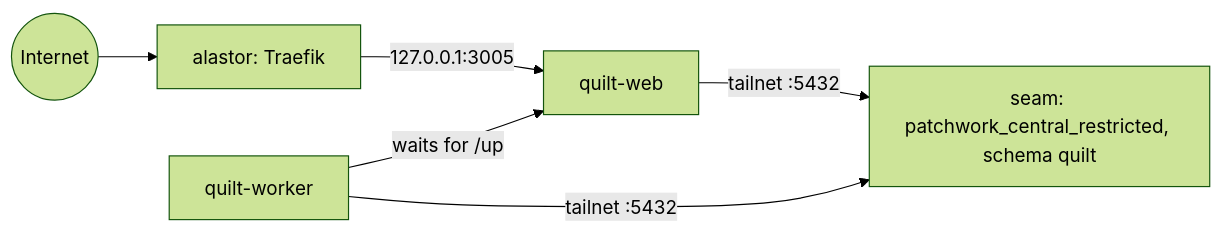
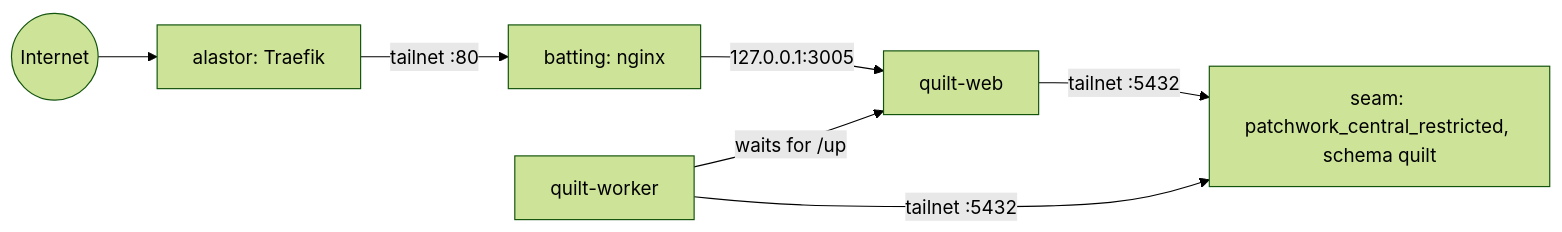
One commit to patchworklabsorg/infra changed the third of 4 diagrams in README.md. Above: the diagram before and after it, drawn with Mermaid (forest theme). The commit also changed other lines of this file and 23 other files, not shown here.

Commit message:
feat(quilt): move quilt prod and staging to batting (#55)

````diff
--- a/README.md
+++ b/README.md
@@ -171,8 +171,9 @@
 ```mermaid
 flowchart LR
   internet((Internet)) --> traefik["alastor: Traefik"]
-  traefik -- "127.0.0.1:3005" --> web[quilt-web]
+  traefik -- "tailnet :80" --> nginx["batting: nginx"]
+  nginx -- "127.0.0.1:3005" --> web[quilt-web]
   worker[quilt-worker] -- "waits for /up" --> web
   web -- "tailnet :5432" --> seam["seam: patchwork_central_restricted, schema quilt"]
   worker -- "tailnet :5432" --> seam
 ```
````
